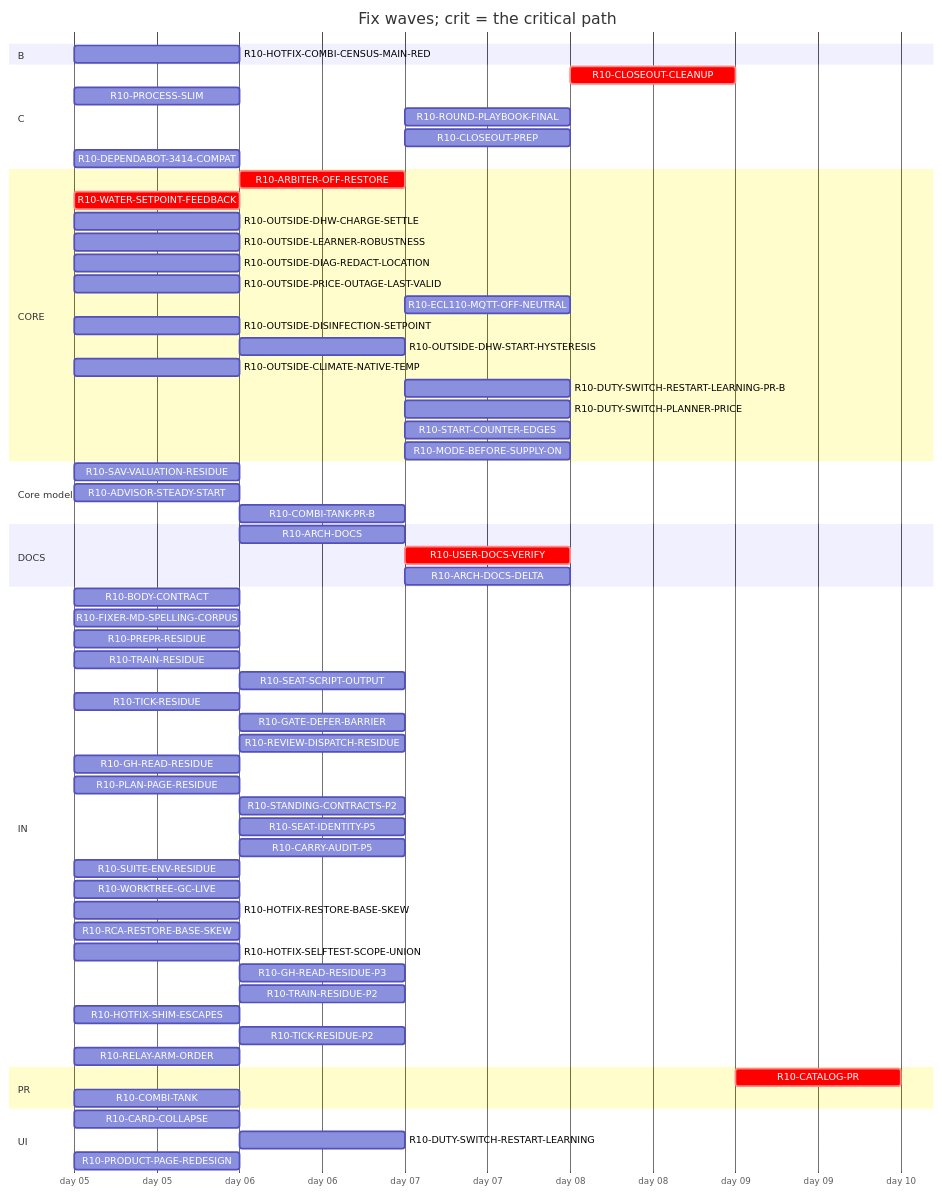
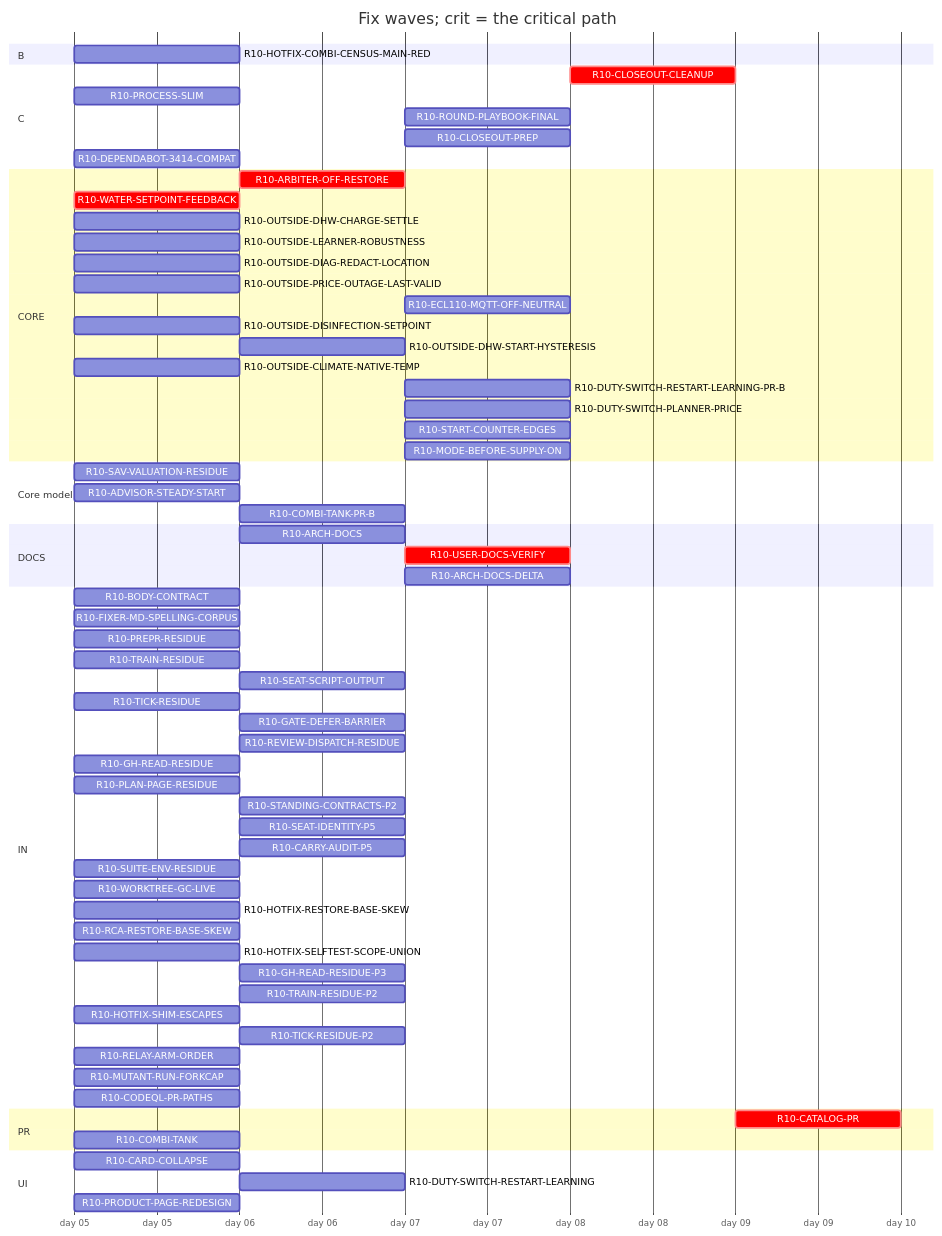
The diagram in handoff/round10/state/PLAN-TABLE.md (tvofi/heatpump_optimizer), drawn with Mermaid before and after one commit. The commit also changed other lines of this file and 4 other files, not shown here.

Commit message:
state: FLOW-BOARD.md, NEXT-SESSION-PROMPT.md, PLAN-TABLE.md, PLAN.html, RESUME-CURRENT.md regenerated (state_docs.py)

````diff
--- a/handoff/round10/state/PLAN-TABLE.md
+++ b/handoff/round10/state/PLAN-TABLE.md
@@ -21,68 +21,70 @@
 ```mermaid
 gantt
   title Fix waves; crit = the critical path
   dateFormat YYYY-MM-DD
   axisFormat day %d
   section B
     R10-HOTFIX-COMBI-CENSUS-MAIN-RED :r10HOTFIXCOMBICENSUSMAINRED, 2026-01-05, 1d
   section C
     R10-CLOSEOUT-CLEANUP :crit, r10CLOSEOUTCLEANUP, after r10ARCHDOCS r10USERDOCSVERIFY r10ROUNDPLAYBOOKFINAL r10CLOSEOUTPREP r10ARCHDOCSDELTA, 1d
     R10-PROCESS-SLIM :r10PROCESSSLIM, 2026-01-05, 1d
     R10-ROUND-PLAYBOOK-FINAL :r10ROUNDPLAYBOOKFINAL, after r10BODYCONTRACT r10PROCESSSLIM r10FIXERMDSPELLINGCORPUS r10PREPRRESIDUE r10SEATSCRIPTOUTPUT r10REVIEWDISPATCHRESIDUE r10CARRYAUDITP5 r10TICKRESIDUE r10SEATIDENTITYP5 r10STANDINGCONTRACTSP2 r10PLANPAGERESIDUE r10TRAINRESIDUE r10GHREADRESIDUE r10SUITEENVRESIDUE r10GATEDEFERBARRIER r10WORKTREEGCLIVE, 1d
     R10-CLOSEOUT-PREP :r10CLOSEOUTPREP, after r10ARCHDOCS r10BODYCONTRACT r10PROCESSSLIM r10FIXERMDSPELLINGCORPUS r10PREPRRESIDUE r10SEATSCRIPTOUTPUT r10REVIEWDISPATCHRESIDUE r10CARRYAUDITP5 r10TICKRESIDUE r10SEATIDENTITYP5 r10STANDINGCONTRACTSP2 r10PLANPAGERESIDUE r10TRAINRESIDUE r10GHREADRESIDUE r10SUITEENVRESIDUE r10GATEDEFERBARRIER r10WORKTREEGCLIVE, 1d
     R10-DEPENDABOT-3414-COMPAT :r10DEPENDABOT3414COMPAT, 2026-01-05, 1d
   section CORE
     R10-ARBITER-OFF-RESTORE :crit, r10ARBITEROFFRESTORE, after r10WATERSETPOINTFEEDBACK, 1d
     R10-WATER-SETPOINT-FEEDBACK :crit, r10WATERSETPOINTFEEDBACK, 2026-01-05, 1d
     R10-OUTSIDE-DHW-CHARGE-SETTLE :r10OUTSIDEDHWCHARGESETTLE, 2026-01-05, 1d
     R10-OUTSIDE-LEARNER-ROBUSTNESS :r10OUTSIDELEARNERROBUSTNESS, 2026-01-05, 1d
     R10-OUTSIDE-DIAG-REDACT-LOCATION :r10OUTSIDEDIAGREDACTLOCATION, 2026-01-05, 1d
     R10-OUTSIDE-PRICE-OUTAGE-LAST-VALID :r10OUTSIDEPRICEOUTAGELASTVALID, 2026-01-05, 1d
     R10-ECL110-MQTT-OFF-NEUTRAL :r10ECL110MQTTOFFNEUTRAL, after r10ARBITEROFFRESTORE, 1d
     R10-OUTSIDE-DISINFECTION-SETPOINT :r10OUTSIDEDISINFECTIONSETPOINT, 2026-01-05, 1d
     R10-OUTSIDE-DHW-START-HYSTERESIS :r10OUTSIDEDHWSTARTHYSTERESIS, after r10OUTSIDEDISINFECTIONSETPOINT, 1d
     R10-OUTSIDE-CLIMATE-NATIVE-TEMP :r10OUTSIDECLIMATENATIVETEMP, 2026-01-05, 1d
     R10-DUTY-SWITCH-RESTART-LEARNING-PR-B :r10DUTYSWITCHRESTARTLEARNINGPRB, after r10DUTYSWITCHRESTARTLEARNING, 1d
     R10-DUTY-SWITCH-PLANNER-PRICE :r10DUTYSWITCHPLANNERPRICE, after r10DUTYSWITCHRESTARTLEARNING, 1d
     R10-START-COUNTER-EDGES :r10STARTCOUNTEREDGES, after r10DUTYSWITCHRESTARTLEARNING, 1d
     R10-MODE-BEFORE-SUPPLY-ON :r10MODEBEFORESUPPLYON, after r10DUTYSWITCHRESTARTLEARNING, 1d
   section Core model
     R10-SAV-VALUATION-RESIDUE :r10SAVVALUATIONRESIDUE, 2026-01-05, 1d
     R10-ADVISOR-STEADY-START :r10ADVISORSTEADYSTART, 2026-01-05, 1d
     R10-COMBI-TANK-PR-B :r10COMBITANKPRB, after r10COMBITANK, 1d
   section DOCS
     R10-ARCH-DOCS :r10ARCHDOCS, after r10BODYCONTRACT r10PROCESSSLIM, 1d
     R10-USER-DOCS-VERIFY :crit, r10USERDOCSVERIFY, after r10ARBITEROFFRESTORE r10COMBITANK r10PRODUCTPAGEREDESIGN, 1d
     R10-ARCH-DOCS-DELTA :r10ARCHDOCSDELTA, after r10ARCHDOCS r10ARBITEROFFRESTORE r10COMBITANK r10SAVVALUATIONRESIDUE r10ADVISORSTEADYSTART r10COMBITANKPRB, 1d
   section IN
     R10-BODY-CONTRACT :r10BODYCONTRACT, 2026-01-05, 1d
     R10-FIXER-MD-SPELLING-CORPUS :r10FIXERMDSPELLINGCORPUS, 2026-01-05, 1d
     R10-PREPR-RESIDUE :r10PREPRRESIDUE, 2026-01-05, 1d
     R10-TRAIN-RESIDUE :r10TRAINRESIDUE, 2026-01-05, 1d
     R10-SEAT-SCRIPT-OUTPUT :r10SEATSCRIPTOUTPUT, after r10TRAINRESIDUE, 1d
     R10-TICK-RESIDUE :r10TICKRESIDUE, 2026-01-05, 1d
     R10-GATE-DEFER-BARRIER :r10GATEDEFERBARRIER, after r10TRAINRESIDUE r10TICKRESIDUE, 1d
     R10-REVIEW-DISPATCH-RESIDUE :r10REVIEWDISPATCHRESIDUE, after r10PROCESSSLIM, 1d
     R10-GH-READ-RESIDUE :r10GHREADRESIDUE, 2026-01-05, 1d
     R10-PLAN-PAGE-RESIDUE :r10PLANPAGERESIDUE, 2026-01-05, 1d
     R10-STANDING-CONTRACTS-P2 :r10STANDINGCONTRACTSP2, after r10FIXERMDSPELLINGCORPUS, 1d
     R10-SEAT-IDENTITY-P5 :r10SEATIDENTITYP5, after r10TICKRESIDUE, 1d
     R10-CARRY-AUDIT-P5 :r10CARRYAUDITP5, after r10BODYCONTRACT, 1d
     R10-SUITE-ENV-RESIDUE :r10SUITEENVRESIDUE, 2026-01-05, 1d
     R10-WORKTREE-GC-LIVE :r10WORKTREEGCLIVE, 2026-01-05, 1d
     R10-HOTFIX-RESTORE-BASE-SKEW :r10HOTFIXRESTOREBASESKEW, 2026-01-05, 1d
     R10-RCA-RESTORE-BASE-SKEW :r10RCARESTOREBASESKEW, 2026-01-05, 1d
     R10-HOTFIX-SELFTEST-SCOPE-UNION :r10HOTFIXSELFTESTSCOPEUNION, 2026-01-05, 1d
     R10-GH-READ-RESIDUE-P3 :r10GHREADRESIDUEP3, after r10TICKRESIDUE r10GHREADRESIDUE, 1d
     R10-TRAIN-RESIDUE-P2 :r10TRAINRESIDUEP2, after r10TRAINRESIDUE, 1d
     R10-HOTFIX-SHIM-ESCAPES :r10HOTFIXSHIMESCAPES, 2026-01-05, 1d
     R10-TICK-RESIDUE-P2 :r10TICKRESIDUEP2, after r10TICKRESIDUE, 1d
     R10-RELAY-ARM-ORDER :r10RELAYARMORDER, 2026-01-05, 1d
+    R10-MUTANT-RUN-FORKCAP :r10MUTANTRUNFORKCAP, 2026-01-05, 1d
+    R10-CODEQL-PR-PATHS :r10CODEQLPRPATHS, 2026-01-05, 1d
   section PR
     R10-CATALOG-PR :crit, r10CATALOGPR, after r10USERDOCSVERIFY r10ARCHDOCS r10ROUNDPLAYBOOKFINAL r10CLOSEOUTCLEANUP r10CLOSEOUTPREP r10ARCHDOCSDELTA, 1d
     R10-COMBI-TANK :r10COMBITANK, 2026-01-05, 1d
   section UI
     R10-CARD-COLLAPSE :r10CARDCOLLAPSE, 2026-01-05, 1d
     R10-DUTY-SWITCH-RESTART-LEARNING :r10DUTYSWITCHRESTARTLEARNING, after r10WATERSETPOINTFEEDBACK, 1d
     R10-PRODUCT-PAGE-REDESIGN :r10PRODUCTPAGEREDESIGN, 2026-01-05, 1d
 ```
````
